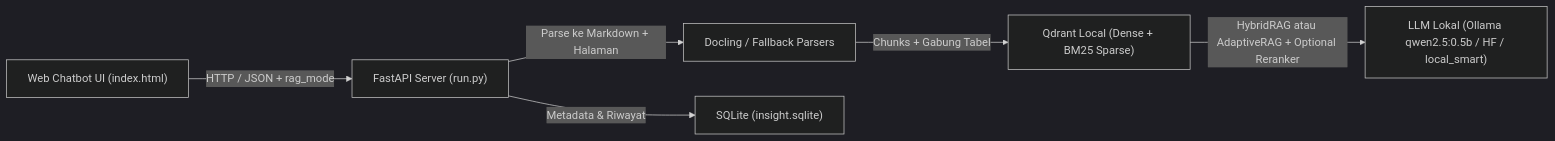
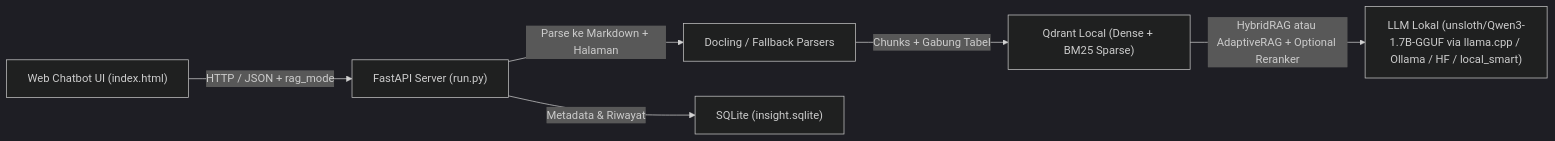
One commit to Cahyo-Wisanggeni/InSight changed the diagram in README.md. Above: the diagram before and after it, drawn with Mermaid (dark theme). The commit also changed other lines of this file and 11 other files, not shown here.

Commit message:
perf(rag,llm,api): true corpus-wide BM25 hybrid retrieval, Docling RAM release, thread-safe GGUF + SSE streaming, and cached /health

````diff
--- a/README.md
+++ b/README.md
@@ -24,8 +24,8 @@
 ```mermaid
 flowchart LR
     UI["Web Chatbot UI (index.html)"] -->|"HTTP / JSON + rag_mode"| API["FastAPI Server (run.py)"]
     API -->|"Parse ke Markdown + Halaman"| Parser["Docling / Fallback Parsers"]
     Parser -->|"Chunks + Gabung Tabel"| Qdrant["Qdrant Local (Dense + BM25 Sparse)"]
     API -->|"Metadata & Riwayat"| SQLite["SQLite (insight.sqlite)"]
-    Qdrant -->|"HybridRAG atau AdaptiveRAG + Optional Reranker"| LLM["LLM Lokal (Ollama qwen2.5:0.5b / HF / local_smart)"]
+    Qdrant -->|"HybridRAG atau AdaptiveRAG + Optional Reranker"| LLM["LLM Lokal (unsloth/Qwen3-1.7B-GGUF via llama.cpp / Ollama / HF / local_smart)"]
 ```
````
